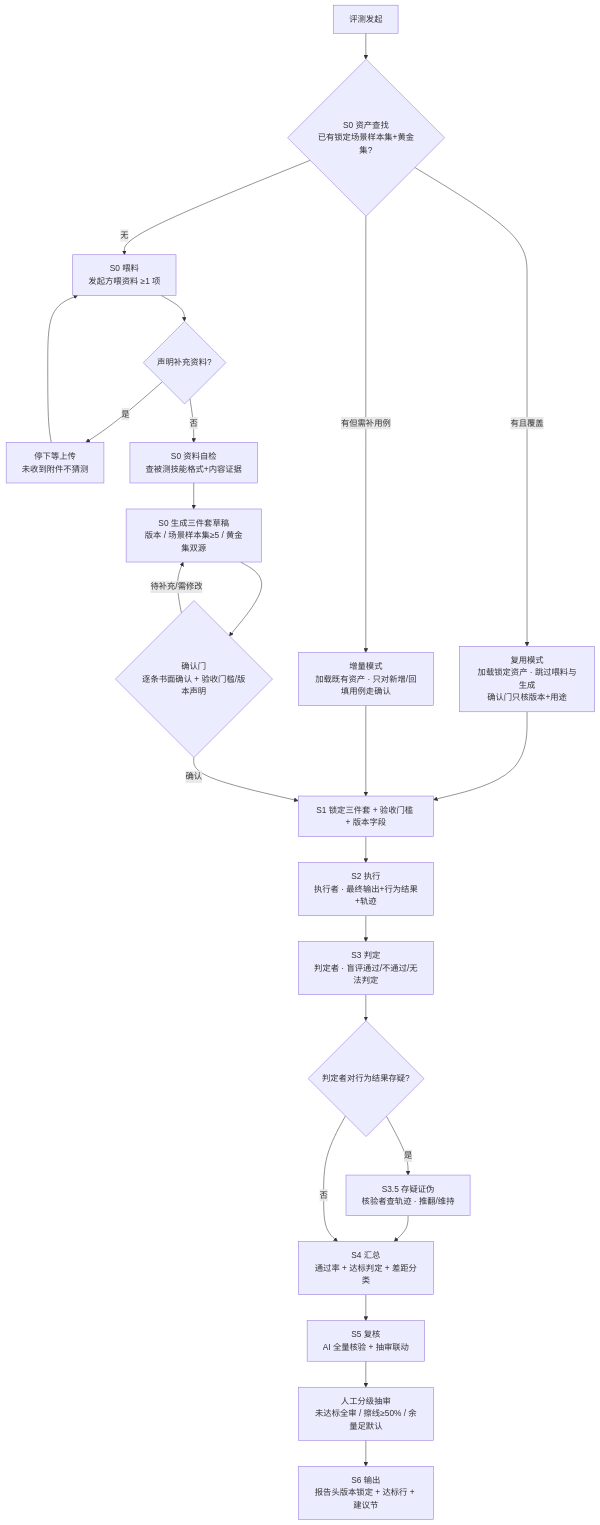
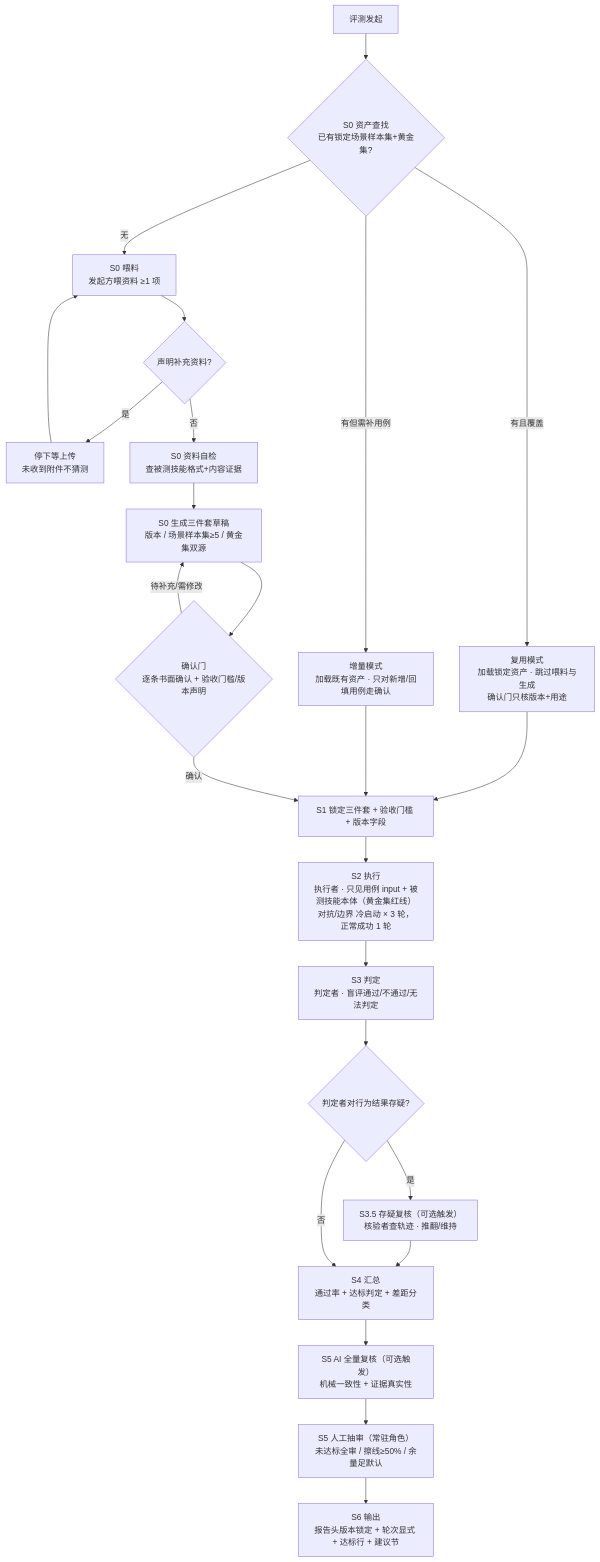
Before and after one commit to OahMoza/skill-accuracy-eval: the diagram in assets/sop-overview.md, drawn with Mermaid. The commit also changed other lines of this file and 20 other files, not shown here.

````diff
--- a/assets/sop-overview.md
+++ b/assets/sop-overview.md
@@ -51,22 +55,22 @@
 ```mermaid
 flowchart TD
     A0[评测发起] --> A1{S0 资产查找<br/>已有锁定场景样本集+黄金集?}
     A1 -- 有且覆盖 --> A2[复用模式<br/>加载锁定资产 · 跳过喂料与生成<br/>确认门只核版本+用途] --> F[S1 锁定]
     A1 -- 有但需补用例 --> A3[增量模式<br/>加载既有资产 · 只对新增/回填用例走确认] --> F
     A1 -- 无 --> A[S0 喂料<br/>发起方喂资料 ≥1 项] --> B{声明补充资料?}
     B -- 是 --> B1[停下等上传<br/>未收到附件不猜测] --> A
     B -- 否 --> C[S0 资料自检<br/>查被测技能格式+内容证据]
     C --> D[S0 生成三件套草稿<br/>版本 / 场景样本集≥5 / 黄金集双源]
     D --> E{确认门<br/>逐条书面确认 + 验收门槛/版本声明}
     E -- 待补充/需修改 --> D
     E -- 确认 --> F[S1 锁定三件套 + 验收门槛 + 版本字段]
-    F --> G[S2 执行<br/>执行者 · 最终输出+行为结果+轨迹]
+    F --> G[S2 执行<br/>执行者 · 只见用例 input + 被测技能本体（黄金集红线）<br/>对抗/边界 冷启动 × 3 轮，正常成功 1 轮]
     G --> H[S3 判定<br/>判定者 · 盲评通过/不通过/无法判定]
     H --> I{判定者对行为结果存疑?}
-    I -- 是 --> J[S3.5 存疑证伪<br/>核验者查轨迹 · 推翻/维持]
+    I -- 是 --> J[S3.5 存疑复核（可选触发）<br/>核验者查轨迹 · 推翻/维持]
     J --> K[S4 汇总<br/>通过率 + 达标判定 + 差距分类]
     I -- 否 --> K
-    K --> L[S5 复核<br/>AI 全量核验 + 抽审联动]
-    L --> M[人工分级抽审<br/>未达标全审 / 擦线≥50% / 余量足默认]
-    M --> N[S6 输出<br/>报告头版本锁定 + 达标行 + 建议节]
+    K --> L[S5 AI 全量复核（可选触发）<br/>机械一致性 + 证据真实性]
+    L --> M[S5 人工抽审（常驻角色）<br/>未达标全审 / 擦线≥50% / 余量足默认]
+    M --> N[S6 输出<br/>报告头版本锁定 + 轮次显式 + 达标行 + 建议节]
 ```
````
